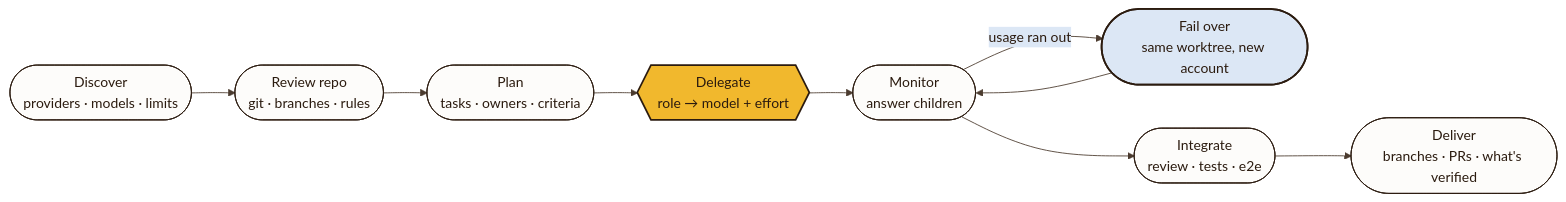
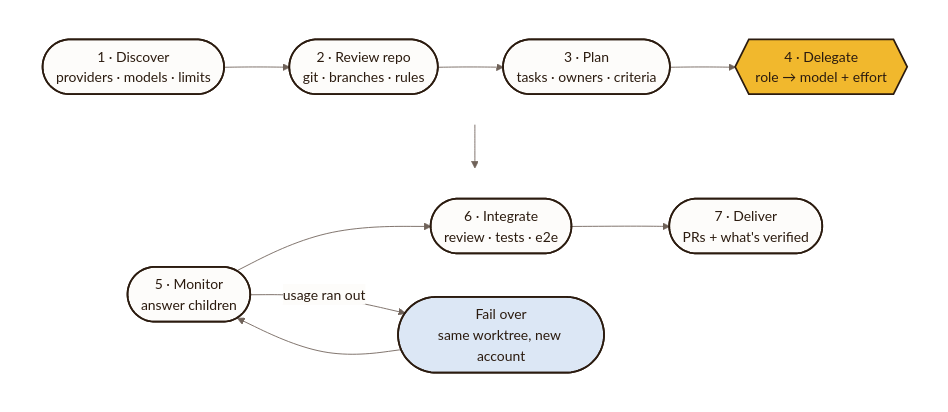
The first of 2 diagrams in README.md (wincrack07/t3-orchestrator), drawn with Mermaid before and after one commit. The commit also changed other lines of this file, not shown here.

Commit message:
Make README diagrams larger and color-code usage states

````diff
--- a/README.md
+++ b/README.md
@@ -41,17 +41,24 @@
 ```mermaid
-%%{init: {'theme':'base','themeVariables':{'primaryColor':'#fdfcfa','primaryTextColor':'#2b1b0f','primaryBorderColor':'#2b1b0f','lineColor':'#4b3b2f','secondaryColor':'#dce7f5','tertiaryColor':'#fdfcfa','fontFamily':'Figtree, ui-sans-serif, system-ui, sans-serif'}}}%%
-flowchart LR
-  A([Discover<br/>providers · models · limits]) --> B([Review repo<br/>git · branches · rules])
-  B --> C([Plan<br/>tasks · owners · criteria])
-  C --> D{{Delegate<br/>role → model + effort}}
-  D --> E([Monitor<br/>answer children])
-  E -->|usage ran out| F([Fail over<br/>same worktree, new account])
-  F --> E
-  E --> G([Integrate<br/>review · tests · e2e])
-  G --> H([Deliver<br/>branches · PRs · what's verified])
+%%{init: {'theme':'base','themeVariables':{'primaryColor':'#fdfcfa','primaryTextColor':'#2b1b0f','primaryBorderColor':'#2b1b0f','lineColor':'#6f6259','edgeLabelBackground':'#fdfcfa','fontFamily':'Figtree, ui-sans-serif, system-ui, sans-serif','fontSize':'16px'}}}%%
+flowchart TB
+  subgraph prep [" "]
+    direction LR
+    A([1 · Discover<br/>providers · models · limits]) --> B([2 · Review repo<br/>git · branches · rules]) --> C([3 · Plan<br/>tasks · owners · criteria]) --> D{{4 · Delegate<br/>role → model + effort}}
+  end
+  subgraph run [" "]
+    direction LR
+    E([5 · Monitor<br/>answer children]) --> G([6 · Integrate<br/>review · tests · e2e]) --> H([7 · Deliver<br/>PRs + what's verified])
+    E -- usage ran out --> F([Fail over<br/>same worktree, new account])
+    F --> E
+  end
+  D --> E
 
+  classDef base fill:#fdfcfa,stroke:#2b1b0f,stroke-width:2px,color:#2b1b0f;
   classDef lead fill:#f1b82d,stroke:#2b1b0f,stroke-width:2px,color:#2b1b0f;
-  classDef warn fill:#dce7f5,stroke:#2b1b0f,stroke-width:2px,color:#2b1b0f;
+  classDef sky fill:#dce7f5,stroke:#2b1b0f,stroke-width:2px,color:#2b1b0f;
+  class A,B,C,E,G,H base;
   class D lead;
-  class F warn;
+  class F sky;
+  style prep fill:none,stroke:none;
+  style run fill:none,stroke:none;
 ```
````
